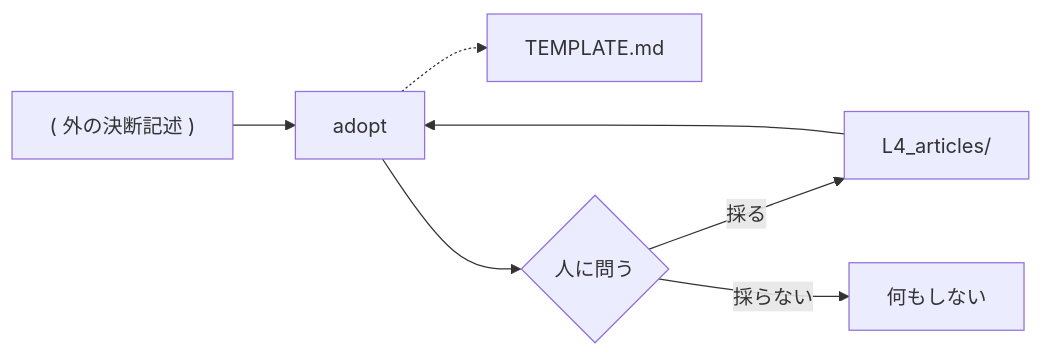
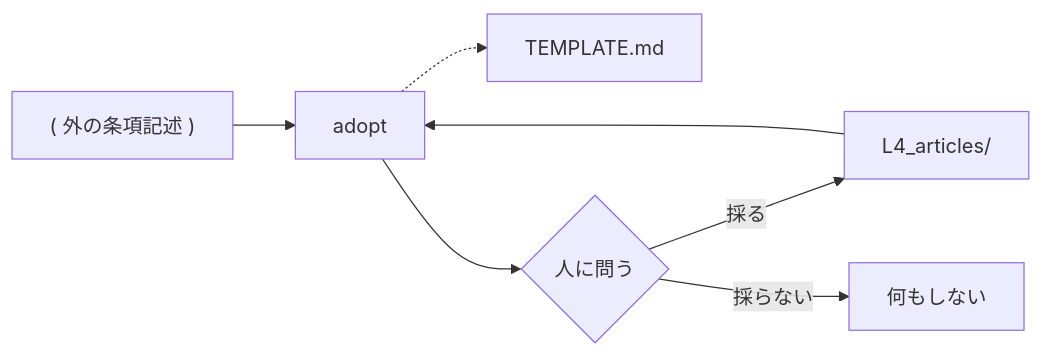
One commit to gameundwatch/archivist changed the diagram in docs/archivist/L2_designs/adopt.md. Above: the diagram before and after it, drawn with Mermaid. The commit also changed other lines of this file and 71 other files, not shown here.

````diff
--- a/docs/archivist/L2_designs/adopt.md
+++ b/docs/archivist/L2_designs/adopt.md
@@ -12,9 +12,9 @@
 ```mermaid
 flowchart LR
-    EXT["( 外の決断記述 )"] --> AD[adopt]
+    EXT["( 外の条項記述 )"] --> AD[adopt]
     L4["L4_articles/"] --> AD
     AD -.-> TP["TEMPLATE.md"]
     AD --> ASK{"人に問う"}
     ASK -->|採る| L4
     ASK -->|採らない| X["何もしない"]
 ```
````
